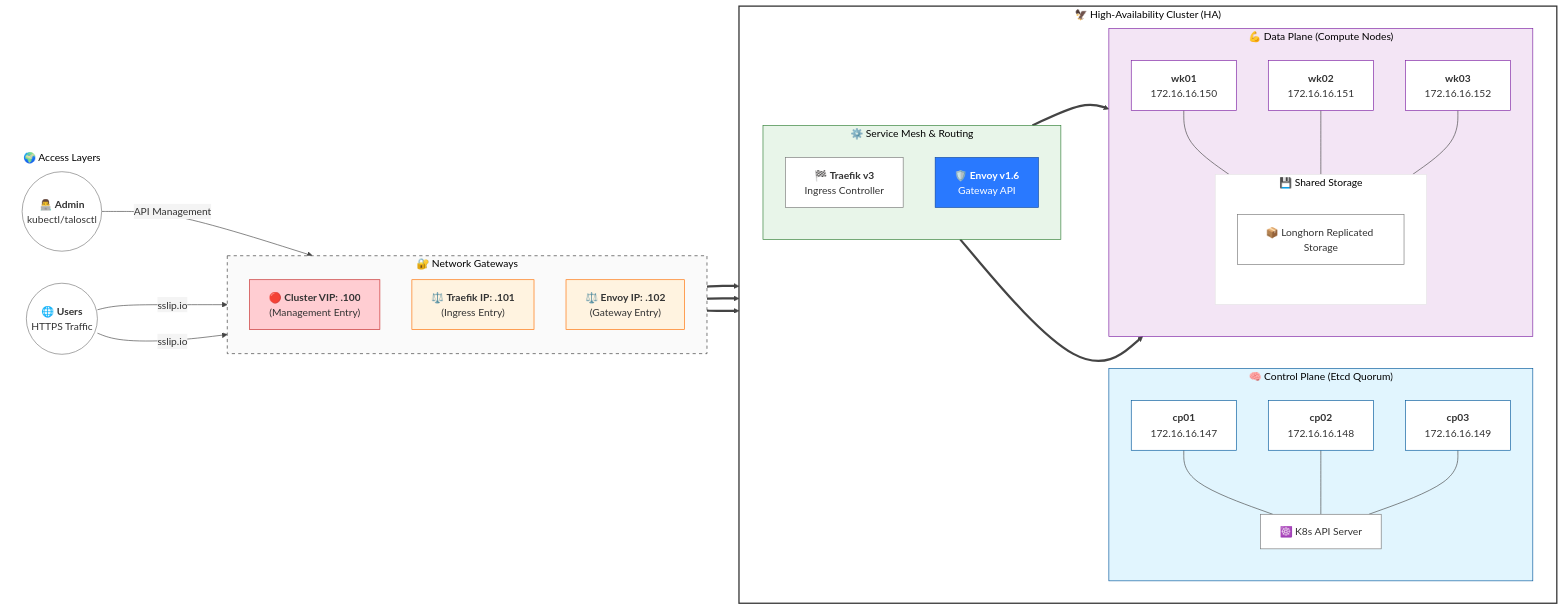
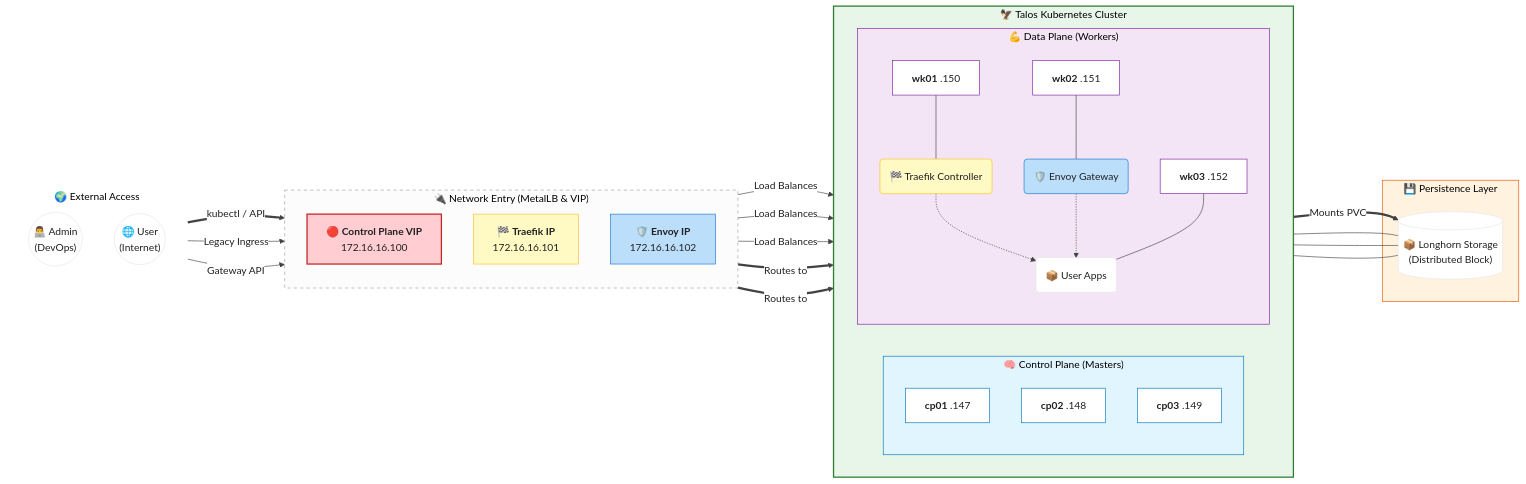
Before and after one commit to engabelal/kubernetes-ha-talos: the diagram in readme.md, drawn with Mermaid. The commit also changed other lines of this file, not shown here.

Commit message:
docs: finalized ultra-professional architecture flow-diagram

````diff
--- a/readme.md
+++ b/readme.md
@@ -10,86 +10,115 @@
 ```mermaid
-%%{init: {'theme': 'base', 'themeVariables': { 'primaryColor': '#ffffff', 'primaryTextColor': '#333', 'primaryBorderColor': '#777', 'lineColor': '#444', 'secondaryColor': '#f4f4f4', 'tertiaryColor': '#fff'}}}%%
+%%{init: {'theme': 'base', 'themeVariables': { 'primaryColor': '#ffffff', 'primaryTextColor': '#212121', 'lineColor': '#424242', 'fontFamily': 'arial'}}}%%
 
 graph LR
-    %% 📡 EXTERNAL ACCESS
-    subgraph ACCESS ["🌍 Access Layers"]
-        admin(("👨‍💻 <b>Admin</b><br/>kubectl/talosctl"))
-        users(("🌐 <b>Users</b><br/>HTTPS Traffic"))
+    %% ==========================================
+    %% 1. EXTERNAL ACTORS
+    %% ==========================================
+    subgraph S1 ["🌍  External Access"]
+        direction TB
+        admin(("👨‍💻 Admin<br/>(DevOps)"))
+        user(("🌐 User<br/>(Internet)"))
     end
 
-    %% 🔐 NETWORK ENTRY (MetalLB & VIP)
-    subgraph NETWORK ["🔐 Network Gateways"]
+    %% ==========================================
+    %% 2. NETWORK ENTRANCE (LAYER 2)
+    %% ==========================================
+    subgraph S2 ["🔌 Network Entry (MetalLB & VIP)"]
         direction TB
-        vip["🔴 <b>Cluster VIP: .100</b><br/>(Management Entry)"]
-        lb1["⚖️ <b>Traefik IP: .101</b><br/>(Ingress Entry)"]
-        lb2["⚖️ <b>Envoy IP: .102</b><br/>(Gateway Entry)"]
+        vip_ep["🔴 <b>Control Plane VIP</b><br/>172.16.16.100"]
+        lb_traefik["🏁 <b>Traefik IP</b><br/>172.16.16.101"]
+        lb_envoy["🛡️ <b>Envoy IP</b><br/>172.16.16.102"]
     end
 
-    %% 🧠 CLUSTER TOPOLOGY
-    subgraph CLUSTER ["🦅 High-Availability Cluster (HA)"]
+    %% ==========================================
+    %% 3. INFRASTRUCTURE (THE CLUSTER)
+    %% ==========================================
+    subgraph S3 ["🦅 Talos Kubernetes Cluster"]
         direction LR
 
-        %% CONTROL PLANE NODES
-        subgraph CONTROL_PLANE ["🧠 Control Plane (Etcd Quorum)"]
+        %% CONTROL PLANE
+        subgraph CP ["🧠 Control Plane (Masters)"]
             direction TB
-            cp1["<b>cp01</b><br/>172.16.16.147"]
-            cp2["<b>cp02</b><br/>172.16.16.148"]
-            cp3["<b>cp03</b><br/>172.16.16.149"]
-
-            api["☸️ K8s API Server"]
-            cp1 & cp2 & cp3 --- api
+            cp01["<b>cp01</b> .147"]
+            cp02["<b>cp02</b> .148"]
+            cp03["<b>cp03</b> .149"]
         end
 
-        %% MIDDLEWARE LAYER
-        subgraph MIDDLEWARE ["⚙️ Service Mesh & Routing"]
+        %% DATA PLANE
+        subgraph WORKERS ["💪 Data Plane (Workers)"]
             direction TB
-            traefik["🏁 <b>Traefik v3</b><br/>Ingress Controller"]
-            envoy["🛡️ <b>Envoy v1.6</b><br/>Gateway API"]
-        end
+            wk01["<b>wk01</b> .150"]
+            wk02["<b>wk02</b> .151"]
+            wk03["<b>wk03</b> .152"]
 
-        %% WORKER NODES
-        subgraph DATA_PLANE ["💪 Data Plane (Compute Nodes)"]
-            direction TB
-            wk1["<b>wk01</b><br/>172.16.16.150"]
-            wk2["<b>wk02</b><br/>172.16.16.151"]
-            wk3["<b>wk03</b><br/>172.16.16.152"]
-
-            subgraph SHARED ["💾 Shared Storage"]
-                longhorn["📦 Longhorn Replicated Storage"]
-            end
-            wk1 & wk2 & wk3 --- SHARED
+            %% RUNNING COMPONENTS
+            traefik_pod("🏁 Traefik Controller")
+            envoy_pod("🛡️ Envoy Gateway")
+            apps("📦 User Apps")
         end
     end
 
-    %% 🔗 TRAFFIC LOGIC
-    admin -- "API Management" --> vip
-    vip ==> CONTROL_PLANE
+    %% ==========================================
+    %% 4. STORAGE
+    %% ==========================================
+    subgraph S4 ["💾 Persistence Layer"]
+        longhorn[("📦 Longhorn Storage<br/>(Distributed Block)")]
+    end
 
-    users -- "sslip.io" --> lb1 & lb2
-    lb1 ==> traefik
-    lb2 ==> envoy
+    %% ==========================================
+    %% CONNECTIONS (WHO TALKS TO WHOM)
+    %% ==========================================
 
-    traefik ==> DATA_PLANE
-    envoy ==> DATA_PLANE
+    %% Admin Flow (Management)
+    admin == "kubectl / API" ==> vip_ep
+    vip_ep -- "Load Balances" --> cp01
+    vip_ep -- "Load Balances" --> cp02
+    vip_ep -- "Load Balances" --> cp03
 
-    %% 🎨 STYLING
-    style ACCESS fill:none,stroke:none
-    style NETWORK fill:#fafafa,stroke:#333,stroke-dasharray: 5 5
-    style CLUSTER fill:#ffffff,stroke:#333,stroke-width:2px
+    %% User Flow (Traffic)
+    user -- "Legacy Ingress" --> lb_traefik
+    user -- "Gateway API" --> lb_envoy
 
-    style CONTROL_PLANE fill:#e1f5fe,stroke:#01579b
-    style MIDDLEWARE fill:#e8f5e9,stroke:#2e7d32
-    style DATA_PLANE fill:#f3e5f5,stroke:#7b1fa2
+    lb_traefik == "Routes to" ==> traefik_pod
+    lb_envoy == "Routes to" ==> envoy_pod
 
-    style vip fill:#ffcdd2,stroke:#c62828
-    style lb1 fill:#fff3e0,stroke:#ff6f00
-    style lb2 fill:#fff3e0,stroke:#ff6f00
+    %% Ingress to Apps
+    traefik_pod -.-> apps
+    envoy_pod -.-> apps
 
-    style cp1 fill:#fff,stroke:#01579b
-    style cp2 fill:#fff,stroke:#01579b
-    style cp3 fill:#fff,stroke:#01579b
-    style wk1 fill:#fff,stroke:#7b1fa2
-    style wk2 fill:#fff,stroke:#7b1fa2
-    style wk3 fill:#fff,stroke:#7b1fa2
-    style envoy fill:#2979ff,stroke:#0d47a1,color:#fff
+    %% Nodes hosting Pods (Implicit conceptual link)
+    wk01 --- traefik_pod
+    wk02 --- envoy_pod
+    wk03 --- apps
+
+    %% Storage Attachment
+    apps == "Mounts PVC" ==> longhorn
+    wk01 --- longhorn
+    wk02 --- longhorn
+    wk03 --- longhorn
+
+    %% ==========================================
+    %% STYLING
+    %% ==========================================
+    style S1 fill:none,stroke:none
+    style S2 fill:#fcfcfc,stroke:#9e9e9e,stroke-dasharray: 5 5
+    style S3 fill:#e8f5e9,stroke:#2e7d32,stroke-width:2px
+    style CP fill:#e1f5fe,stroke:#0277bd
+    style WORKERS fill:#f3e5f5,stroke:#7b1fa2
+    style S4 fill:#fff3e0,stroke:#e65100
+
+    style vip_ep fill:#ffcdd2,stroke:#c62828,stroke-width:2px
+    style lb_traefik fill:#fff9c4,stroke:#fbc02d
+    style lb_envoy fill:#bbdefb,stroke:#1976d2
+
+    style cp01 fill:#fff,stroke:#0277bd
+    style cp02 fill:#fff,stroke:#0277bd
+    style cp03 fill:#fff,stroke:#0277bd
+
+    style wk01 fill:#fff,stroke:#7b1fa2
+    style wk02 fill:#fff,stroke:#7b1fa2
+    style wk03 fill:#fff,stroke:#7b1fa2
+
+    style traefik_pod fill:#fff9c4,stroke:#fbc02d
+    style envoy_pod fill:#bbdefb,stroke:#1976d2
 ```
````
